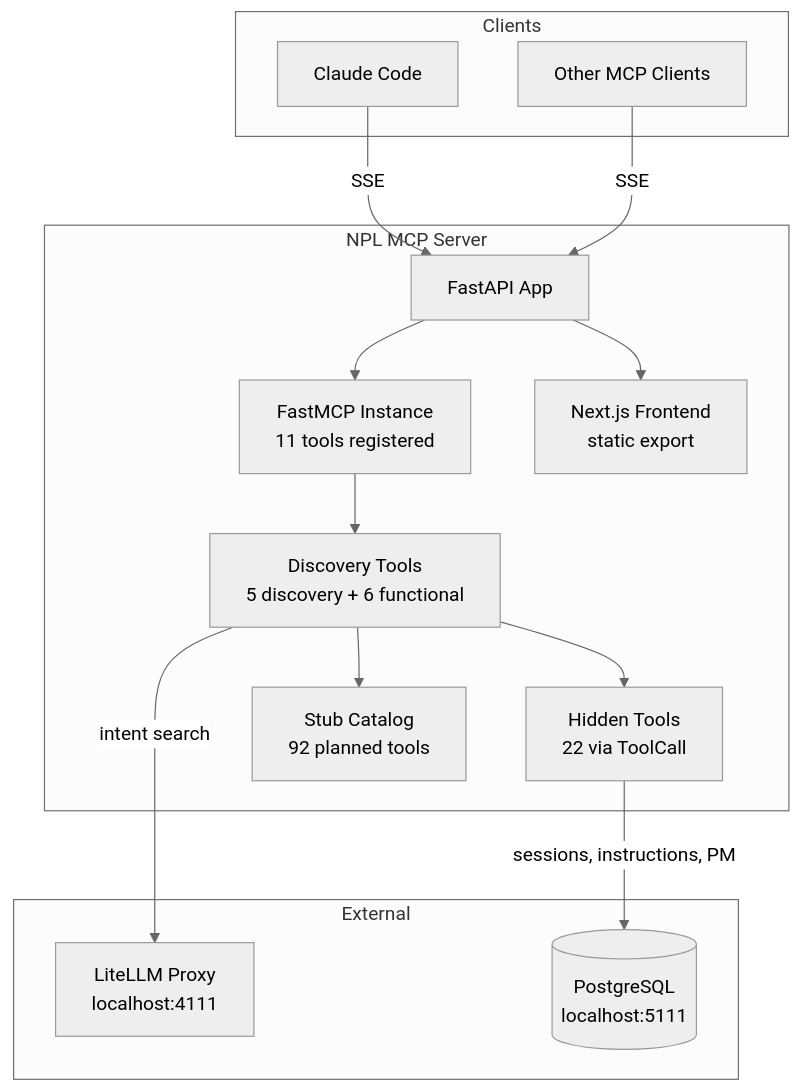
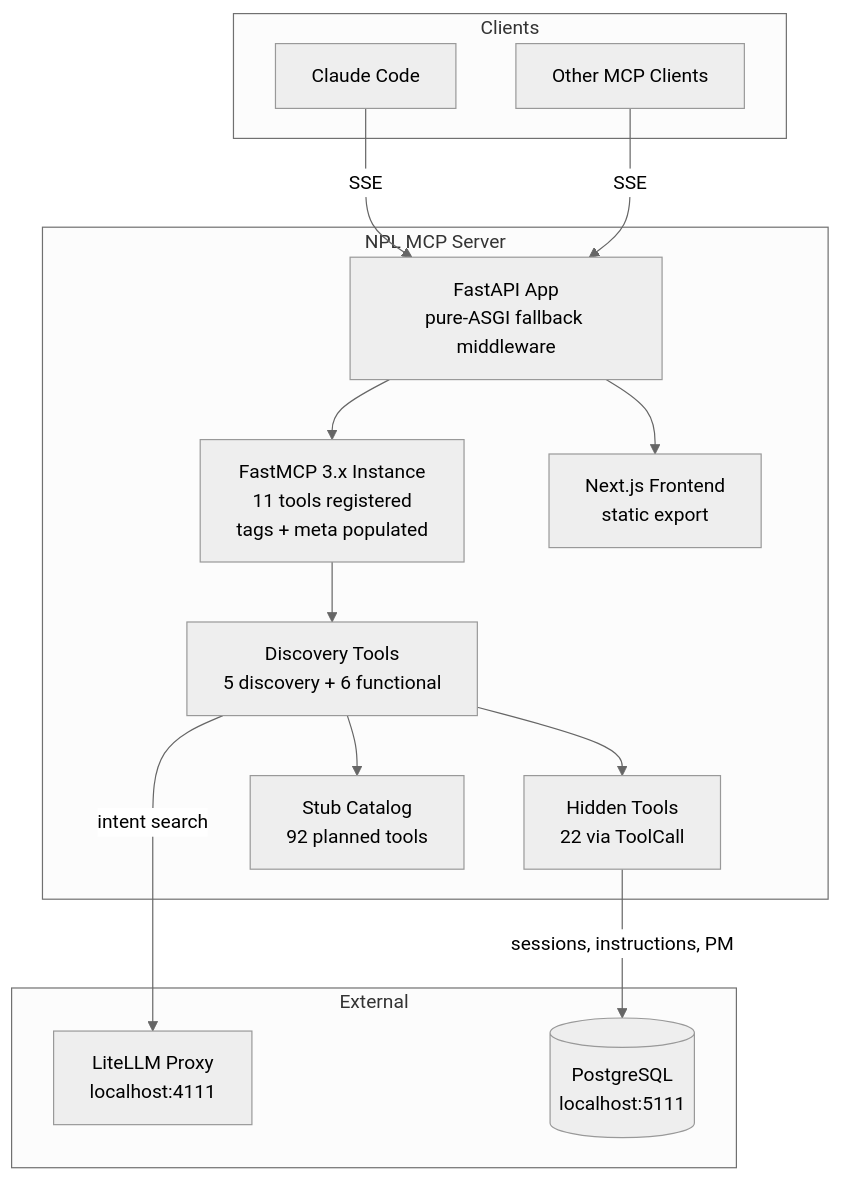
One commit to noizu-labs-ml/NoizuPromptLingo changed the diagram in docs/PROJ-ARCH.md. Above: the diagram before and after it, drawn with Mermaid (neutral theme). The commit also changed other lines of this file and 4 other files, not shown here.

````diff
--- a/docs/PROJ-ARCH.md
+++ b/docs/PROJ-ARCH.md
@@ -11,31 +11,31 @@
 ```mermaid
 graph TB
     subgraph Clients
         CC[Claude Code]
         Other[Other MCP Clients]
     end
 
     subgraph "NPL MCP Server"
-        API[FastAPI App]
-        MCP[FastMCP Instance<br/>11 tools registered]
+        API[FastAPI App<br/>pure-ASGI fallback middleware]
+        MCP[FastMCP 3.x Instance<br/>11 tools registered<br/>tags + meta populated]
         Meta[Discovery Tools<br/>5 discovery + 6 functional]
         Hidden[Hidden Tools<br/>22 via ToolCall]
         Stubs[Stub Catalog<br/>92 planned tools]
         FE[Next.js Frontend<br/>static export]
     end
 
     subgraph External
         LLM[LiteLLM Proxy<br/>localhost:4111]
         DB[(PostgreSQL<br/>localhost:5111)]
     end
 
     CC -->|SSE| API
     Other -->|SSE| API
     API --> MCP
     MCP --> Meta
     Meta --> Hidden
     Meta --> Stubs
     Meta -->|intent search| LLM
     Hidden -->|sessions, instructions, PM| DB
     API --> FE
 ```
````
